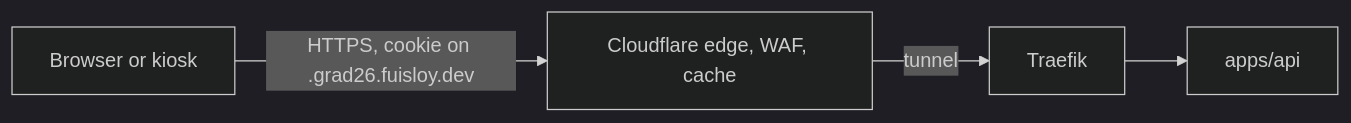
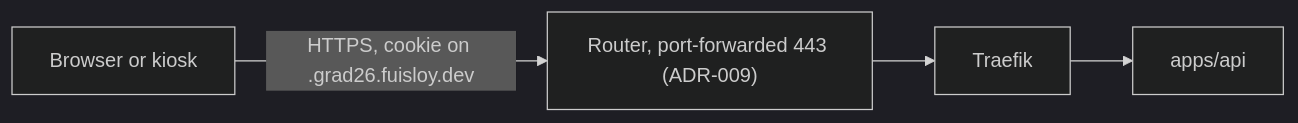
Before and after one commit to fuisl/vgu-graduation: the second of 2 diagrams in docs/architecture/target/traffic-paths.md, drawn with Mermaid (dark theme). The commit also changed other lines of this file and 16 other files, not shown here.

````diff
--- a/docs/architecture/target/traffic-paths.md
+++ b/docs/architecture/target/traffic-paths.md
@@ -20,5 +19,4 @@
 ```mermaid
 flowchart LR
-  B["Browser or kiosk"] -- "HTTPS, cookie on .grad26.fuisloy.dev" --> C["Cloudflare edge, WAF, cache"]
-  C -- "tunnel" --> T["Traefik"] --> A["apps/api"]
+  B["Browser or kiosk"] -- "HTTPS, cookie on .grad26.fuisloy.dev" --> R["Router, port-forwarded 443 (ADR-009)"] --> T["Traefik"] --> A["apps/api"]
 ```
````
